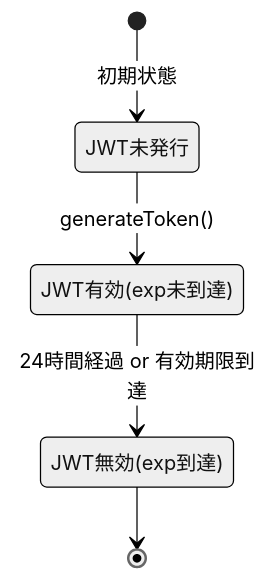
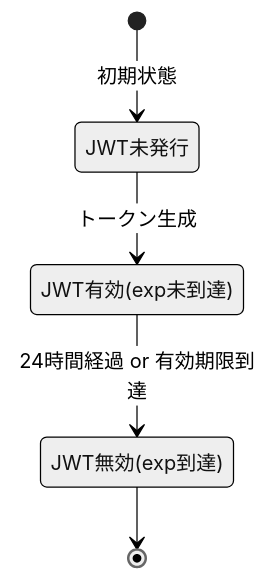
One commit to KenyaSaitoh/ai_driven_dev_202601 changed the ninth of 12 diagrams in projects/sdd/bookstore/back-office-api-sdd/specs/baseline/api/API_001_auth/functional_design.md. Above: the diagram before and after it, drawn with Mermaid (neutral theme). The commit also changed other lines of this file and 52 other files, not shown here.

````diff
--- a/projects/sdd/bookstore/back-office-api-sdd/specs/baseline/api/API_001_auth/functional_design.md
+++ b/projects/sdd/bookstore/back-office-api-sdd/specs/baseline/api/API_001_auth/functional_design.md
@@ -580,11 +518,11 @@
 ```mermaid
 stateDiagram-v2
     [*] --> NotIssued: 初期状態
     NotIssued: JWT未発行
     Valid: JWT有効(exp未到達)
     Invalid: JWT無効(exp到達)
     
-    NotIssued --> Valid: generateToken()
+    NotIssued --> Valid: トークン生成
     Valid --> Invalid: 24時間経過 or 有効期限到達
     Invalid --> [*]
 ```
````
